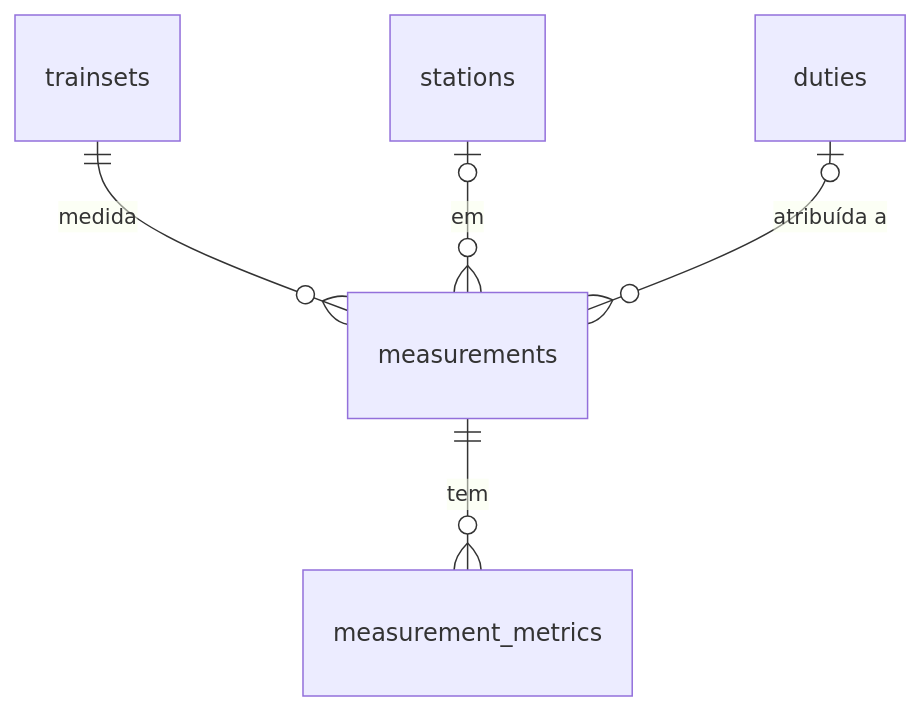
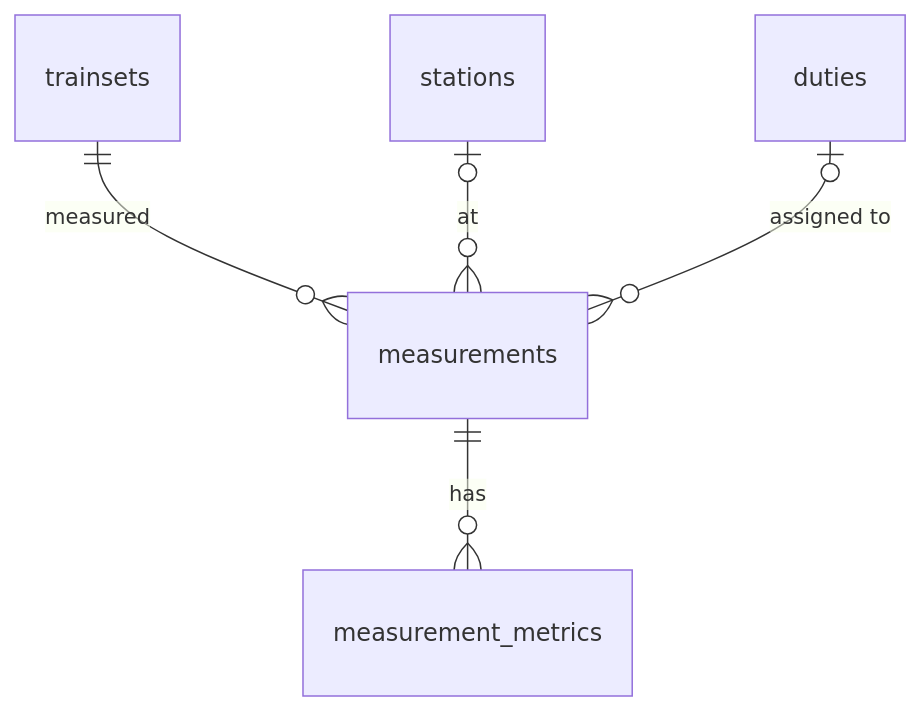
One commit to denysbp/Railtrace changed diagram 12 of 17 in docs/schema.md. Above: the diagram before and after it, drawn with Mermaid. The commit also changed other lines of this file and 64 other files, not shown here.

````diff
--- a/docs/schema.md
+++ b/docs/schema.md
@@ -349,7 +349,7 @@
 ```mermaid
 erDiagram
-    measurements ||--o{ measurement_metrics : "tem"
-    trainsets ||--o{ measurements : "medida"
-    stations |o--o{ measurements : "em"
-    duties |o--o{ measurements : "atribuída a"
+    measurements ||--o{ measurement_metrics : "has"
+    trainsets ||--o{ measurements : "measured"
+    stations |o--o{ measurements : "at"
+    duties |o--o{ measurements : "assigned to"
 ```
````
